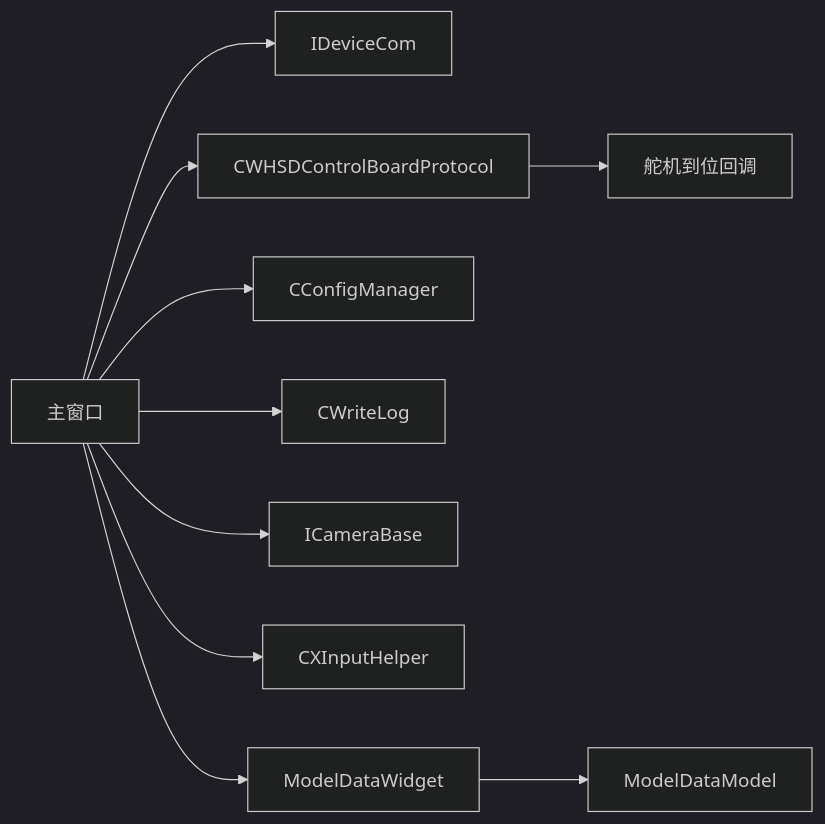
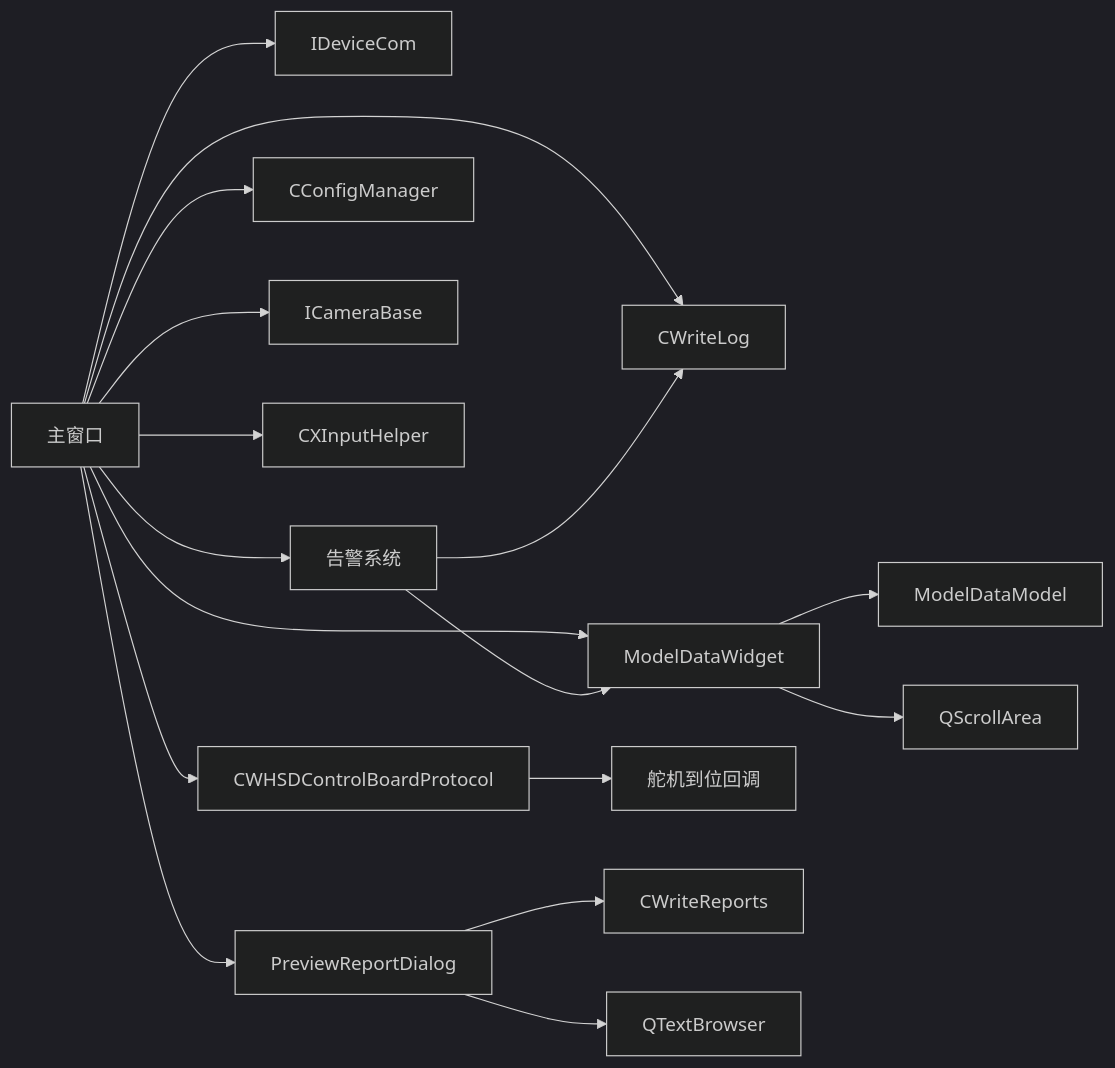
Before and after one commit to yangreest/Zero-value-Insulator-Robot-V2: the ninth of 9 diagrams in .qoder/repowiki/zh/content/系统架构/模块结构/UI模块.md, drawn with Mermaid (dark theme). The commit also changed other lines of this file and 22 other files, not shown here.

````diff
--- a/.qoder/repowiki/zh/content/系统架构/模块结构/UI模块.md
+++ b/.qoder/repowiki/zh/content/系统架构/模块结构/UI模块.md
@@ -313,12 +499,19 @@
 ```mermaid
 graph LR
 Main["主窗口"] --> Com["IDeviceCom"]
 Main --> Proto["CWHSDControlBoardProtocol"]
 Main --> Config["CConfigManager"]
 Main --> Log["CWriteLog"]
 Main --> Cam["ICameraBase"]
 Main --> Input["CXInputHelper"]
 Main --> Chart["ModelDataWidget"]
+Main --> Alarm["告警系统"]
+Main --> Preview["PreviewReportDialog"]
 Chart --> Model["ModelDataModel"]
+Chart --> Scroll["QScrollArea"]
 Proto --> Servo["舵机到位回调"]
+Alarm --> Log
+Alarm --> Chart
+Preview --> Reports["CWriteReports"]
+Preview --> Browser["QTextBrowser"]
 ```
````
